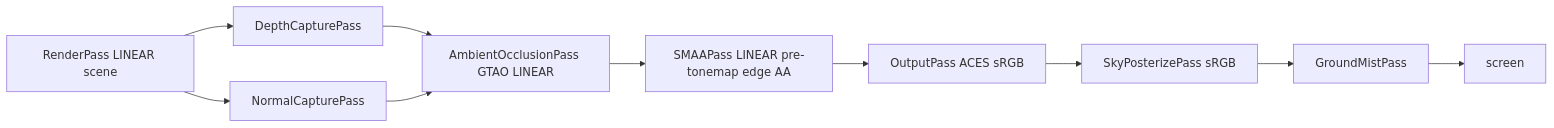
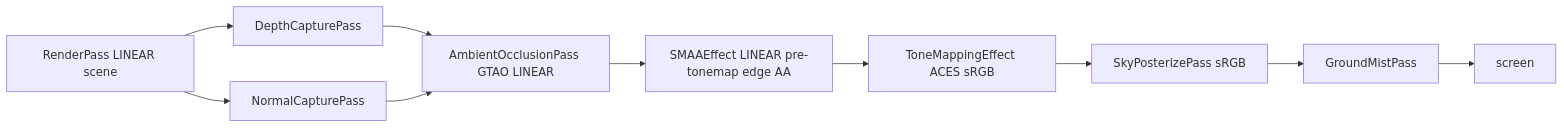
One commit to jjgroenendijk/cart-game changed the diagram in docs/knowledge/materials/anti-aliasing.md. Above: the diagram before and after it, drawn with Mermaid. The commit also changed other lines of this file and 27 other files, not shown here.

````diff
--- a/docs/knowledge/materials/anti-aliasing.md
+++ b/docs/knowledge/materials/anti-aliasing.md
@@ -21,12 +21,12 @@
 ```mermaid
 flowchart LR
   render[RenderPass LINEAR scene] --> depth[DepthCapturePass]
   render --> normal[NormalCapturePass]
   depth --> ao[AmbientOcclusionPass GTAO LINEAR]
   normal --> ao
-  ao --> smaa[SMAAPass LINEAR pre-tonemap edge AA]
-  smaa --> output[OutputPass ACES sRGB]
+  ao --> smaa[SMAAEffect LINEAR pre-tonemap edge AA]
+  smaa --> output[ToneMappingEffect ACES sRGB]
   output --> posterize[SkyPosterizePass sRGB]
   posterize --> mist[GroundMistPass]
   mist --> screen[screen]
 ```
````
